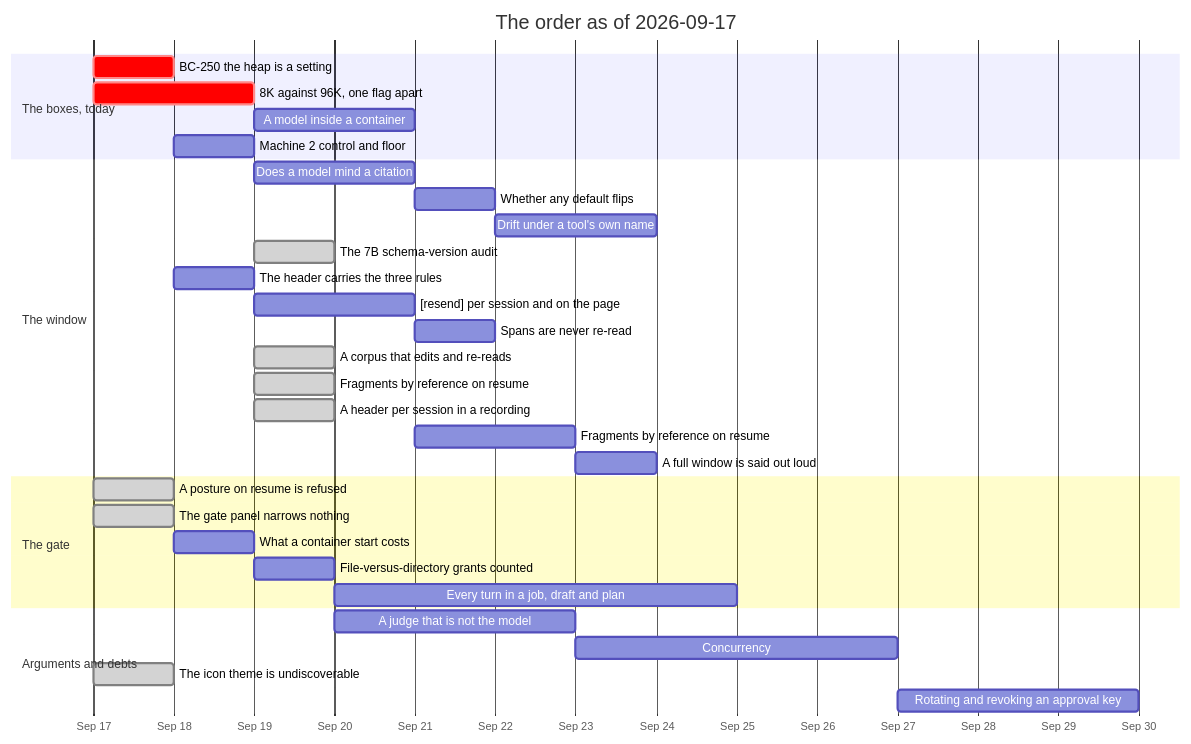
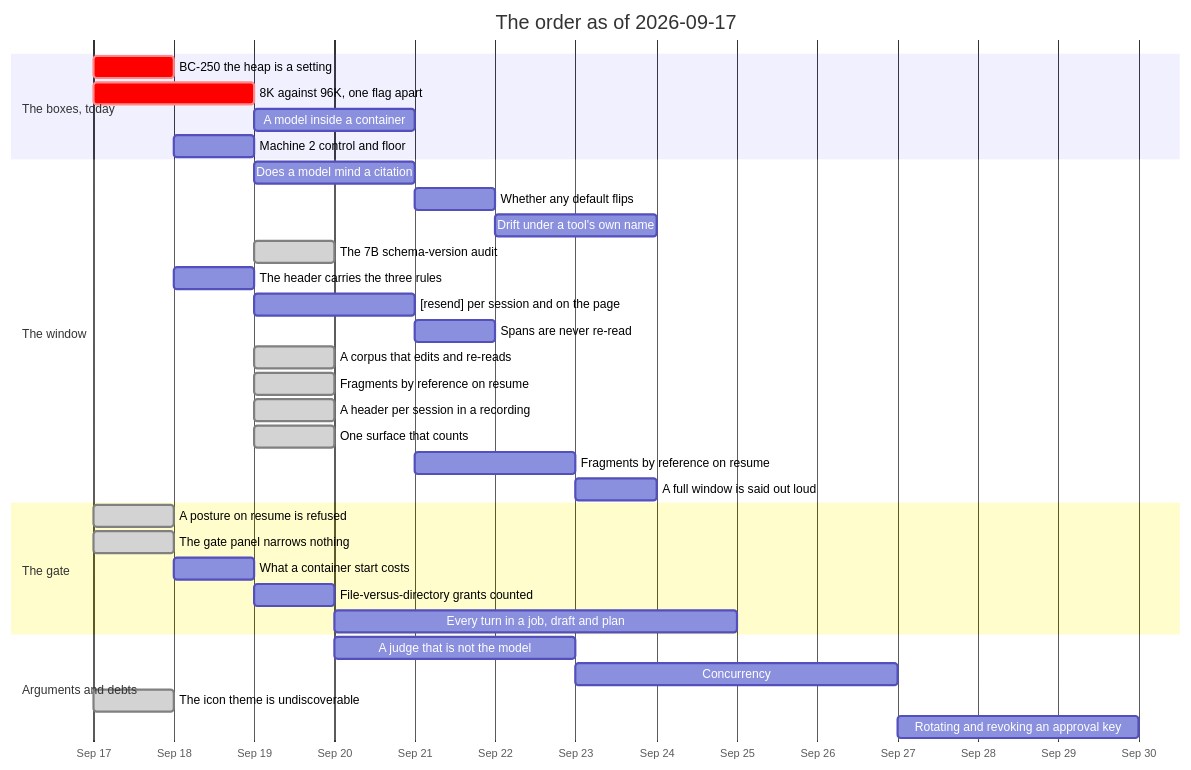
The diagram in ROADMAP/2026-09-17/README.md (jgermade/luu), drawn with Mermaid before and after one commit. The commit also changed other lines of this file and 18 other files, not shown here.

````diff
--- a/ROADMAP/2026-09-17/README.md
+++ b/ROADMAP/2026-09-17/README.md
@@ -149,35 +162,36 @@
 ```mermaid
 gantt
     title The order as of 2026-09-17
     dateFormat YYYY-MM-DD
     axisFormat %b %d
     section The boxes, today
     BC-250 the heap is a setting           :crit, gtt, 2026-09-17, 1d
     8K against 96K, one flag apart         :crit, ctx, 2026-09-17, 2d
     A model inside a container             :ctr, after ctx, 2d
     Machine 2 control and floor            :m2, after gtt, 1d
     section The window
     Does a model mind a citation           :cite, after ctx, 2d
     Whether any default flips              :flip, after cite, 1d
     Drift under a tool's own name          :drift, after flip, 2d
     The 7B schema-version audit            :done, audit, 2026-09-19, 1d
     The header carries the three rules     :hdr, 2026-09-18, 1d
     [resend] per session and on the page   :resend, after hdr, 2d
     Spans are never re-read                :stale, after resend, 1d
     A corpus that edits and re-reads       :done, corpus, 2026-09-19, 1d
     Fragments by reference on resume       :done, frag2, 2026-09-19, 1d
     A header per session in a recording    :done, hdr2, 2026-09-19, 1d
+    One surface that counts                :done, tally, 2026-09-19, 1d
     Fragments by reference on resume       :frag, after resend, 2d
     A full window is said out loud         :full, after frag, 1d
     section The gate
     A posture on resume is refused         :done, posture, 2026-09-17, 1d
     The gate panel narrows nothing         :done, panel, 2026-09-17, 1d
     What a container start costs           :cost, after panel, 1d
     File-versus-directory grants counted   :grants, after cost, 1d
     Every turn in a job, draft and plan    :jobs, after grants, 5d
     section Arguments and debts
     A judge that is not the model          :judge, after audit, 3d
     Concurrency                            :conc, after judge, 4d
     The icon theme is undiscoverable       :done, icon, 2026-09-17, 1d
     Rotating and revoking an approval key  :keys, after conc, 3d
 ```
````
